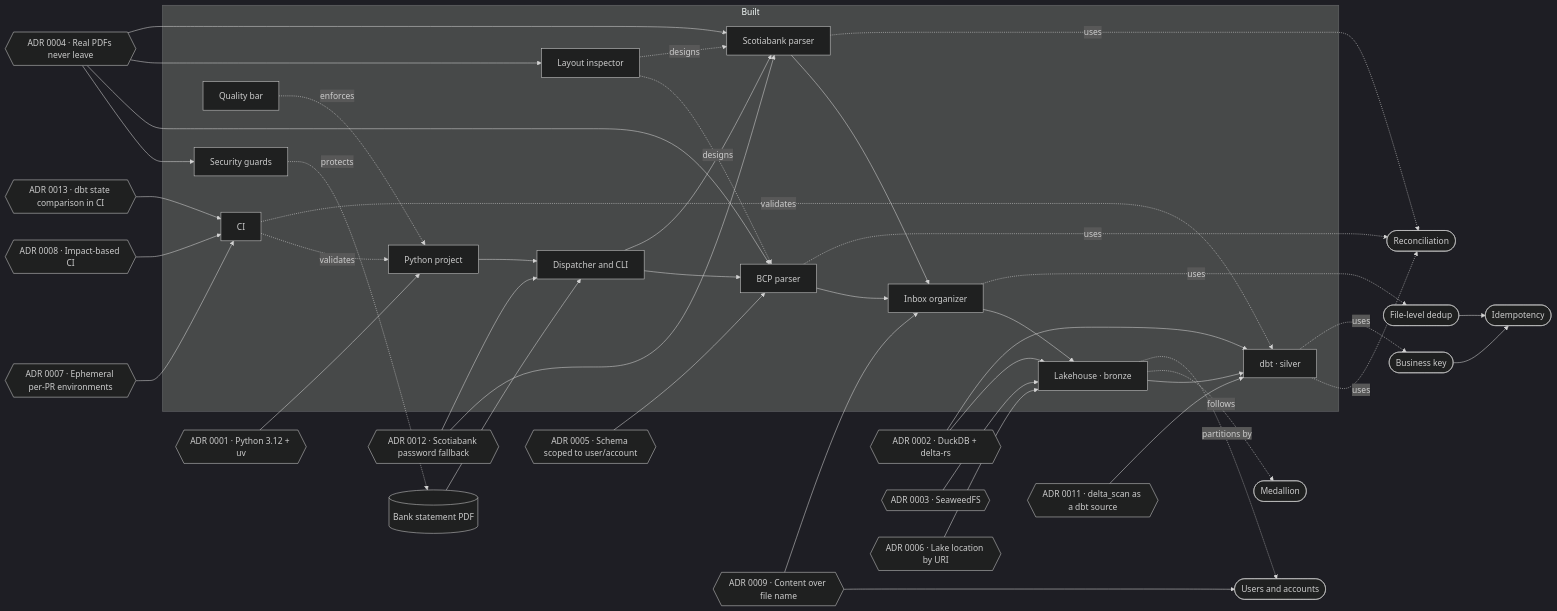
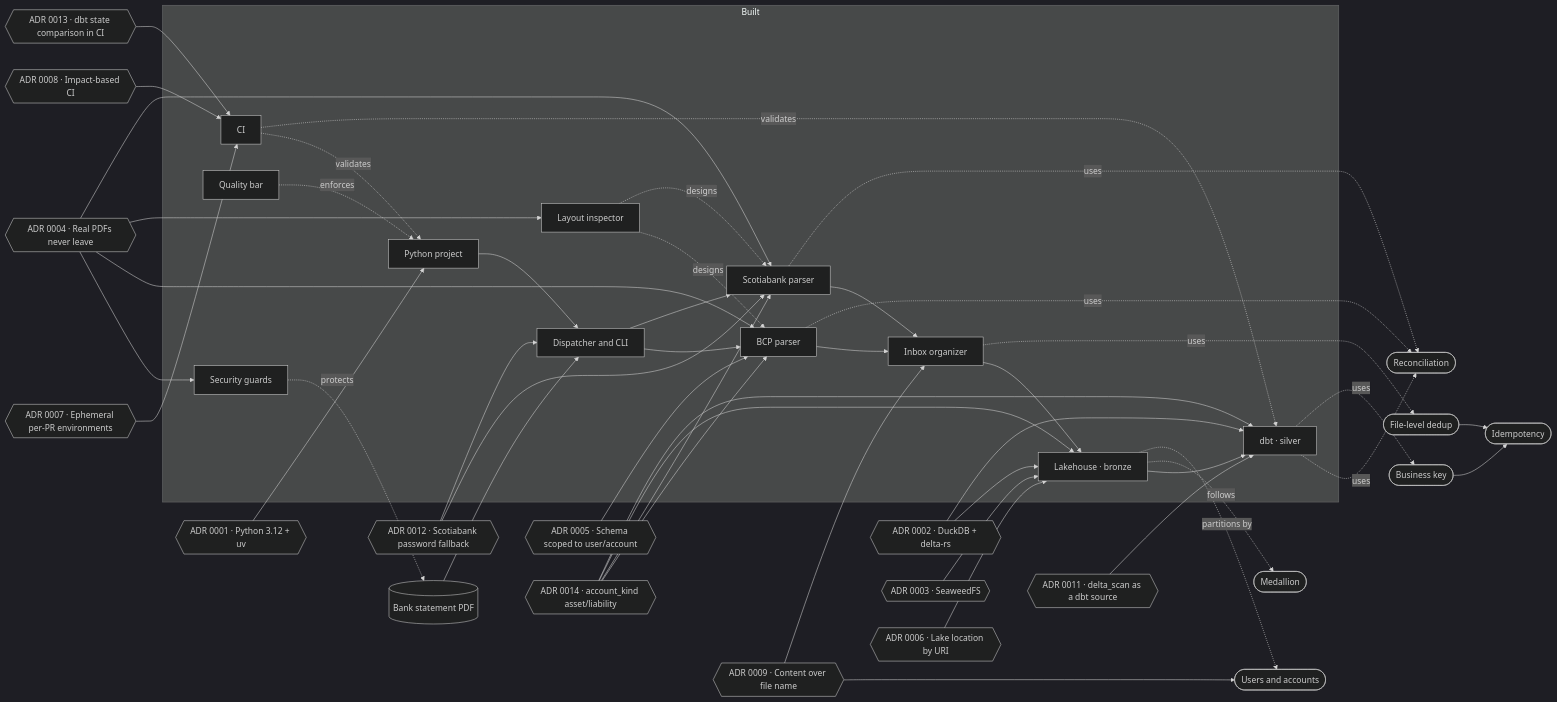
The diagram in brain/README.md (PieroRios2000/personal-finance-platform), drawn with Mermaid (dark theme) before and after one commit. The commit also changed other lines of this file and 6 other files, not shown here.

First line of the commit message:
docs: ADR 0014 and brain updates for account_kind (T18a)

````diff
--- a/brain/README.md
+++ b/brain/README.md
@@ -12,57 +12,61 @@
 ```mermaid
 flowchart LR
     PDF[("Bank statement PDF")]
 
     subgraph built["Built"]
         GS["Security guards"]
         PY["Python project"]
         CI["CI"]
         INS["Layout inspector"]
         CAL["Quality bar"]
         CLID["Dispatcher and CLI"]
         BCP["BCP parser"]
         SCOTIA["Scotiabank parser"]
         ORG["Inbox organizer"]
         LAKE["Lakehouse · bronze"]
         DBT["dbt · silver"]
     end
 
     PDF --> CLID --> BCP --> ORG --> LAKE --> DBT
     CLID --> SCOTIA --> ORG
     PY --> CLID
     CI -. validates .-> PY
     GS -. protects .-> PDF
     INS -. designs .-> BCP
     INS -. designs .-> SCOTIA
     CAL -. enforces .-> PY
 
     BCP -. uses .-> REC(["Reconciliation"])
     SCOTIA -. uses .-> REC
     ORG -. uses .-> DED(["File-level dedup"])
     LAKE -. follows .-> MED(["Medallion"])
     LAKE -. partitions by .-> UA(["Users and accounts"])
     DBT -. uses .-> REC
     DBT -. uses .-> BK(["Business key"])
     DED --> IDE(["Idempotency"])
     BK --> IDE
 
     A1{{"ADR 0001 · Python 3.12 + uv"}} --> PY
     A2{{"ADR 0002 · DuckDB + delta-rs"}} --> LAKE
     A2 --> DBT
     A3{{"ADR 0003 · SeaweedFS"}} --> LAKE
     A4{{"ADR 0004 · Real PDFs never leave"}} --> GS
     A4 --> BCP
     A4 --> INS
     A4 --> SCOTIA
     A5{{"ADR 0005 · Schema scoped to user/account"}} --> BCP
     A6{{"ADR 0006 · Lake location by URI"}} --> LAKE
     A9{{"ADR 0009 · Content over file name"}} --> ORG
     A9 --> UA
     A11{{"ADR 0011 · delta_scan as a dbt source"}} --> DBT
     A7{{"ADR 0007 · Ephemeral per-PR environments"}} --> CI
     A8{{"ADR 0008 · Impact-based CI"}} --> CI
     A13{{"ADR 0013 · dbt state comparison in CI"}} --> CI
     CI -. validates .-> DBT
     A12{{"ADR 0012 · Scotiabank password fallback"}} --> SCOTIA
     A12 --> CLID
+    A14{{"ADR 0014 · account_kind asset/liability"}} --> BCP
+    A14 --> SCOTIA
+    A14 --> LAKE
+    A14 --> DBT
 ```
````
